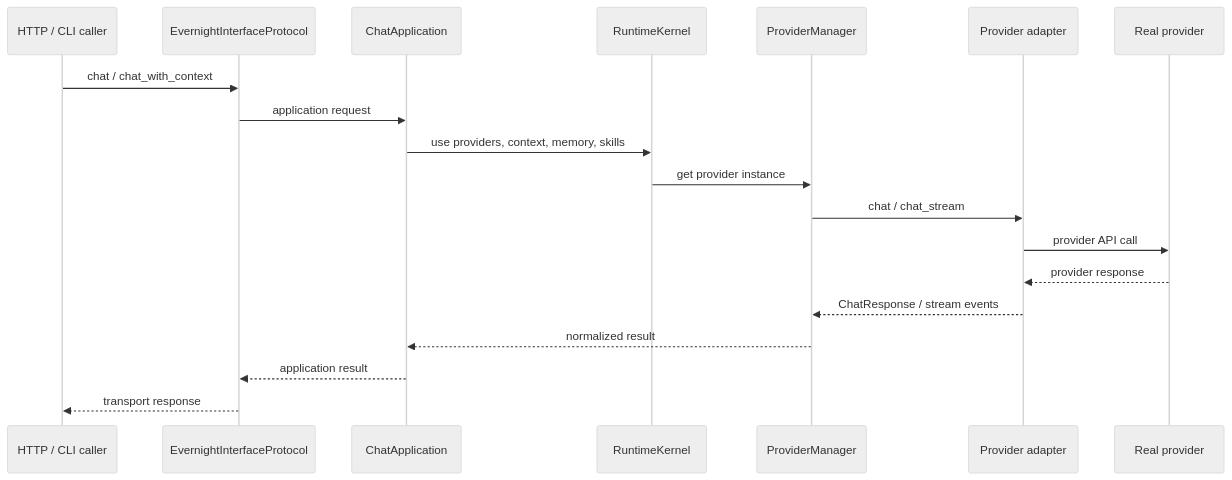
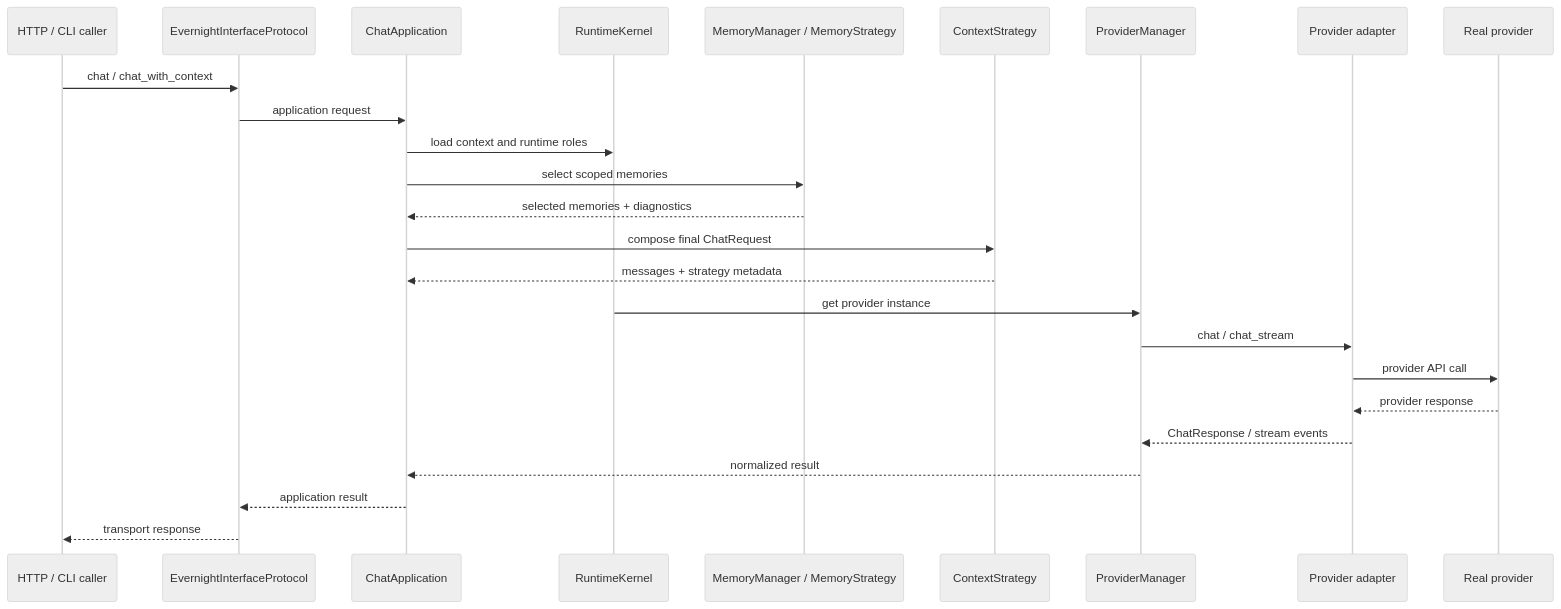
The third of 5 diagrams in docs/architecture-dependencies.md (Evernight275/EvernightAI), drawn with Mermaid (neutral theme) before and after one commit. The commit also changed other lines of this file and 34 other files, not shown here.

Commit message:
Strengthen memory governance and context composition

````diff
--- a/docs/architecture-dependencies.md
+++ b/docs/architecture-dependencies.md
@@ -151,22 +151,28 @@
 ```mermaid
 sequenceDiagram
     participant Caller as HTTP / CLI caller
     participant Interface as EvernightInterfaceProtocol
     participant ChatApp as ChatApplication
     participant Runtime as RuntimeKernel
+    participant Memory as MemoryManager / MemoryStrategy
+    participant Context as ContextStrategy
     participant Providers as ProviderManager
     participant Adapter as Provider adapter
     participant Provider as Real provider
 
     Caller->>Interface: chat / chat_with_context
     Interface->>ChatApp: application request
-    ChatApp->>Runtime: use providers, context, memory, skills
+    ChatApp->>Runtime: load context and runtime roles
+    ChatApp->>Memory: select scoped memories
+    Memory-->>ChatApp: selected memories + diagnostics
+    ChatApp->>Context: compose final ChatRequest
+    Context-->>ChatApp: messages + strategy metadata
     Runtime->>Providers: get provider instance
     Providers->>Adapter: chat / chat_stream
     Adapter->>Provider: provider API call
     Provider-->>Adapter: provider response
     Adapter-->>Providers: ChatResponse / stream events
     Providers-->>ChatApp: normalized result
     ChatApp-->>Interface: application result
     Interface-->>Caller: transport response
 ```
````
